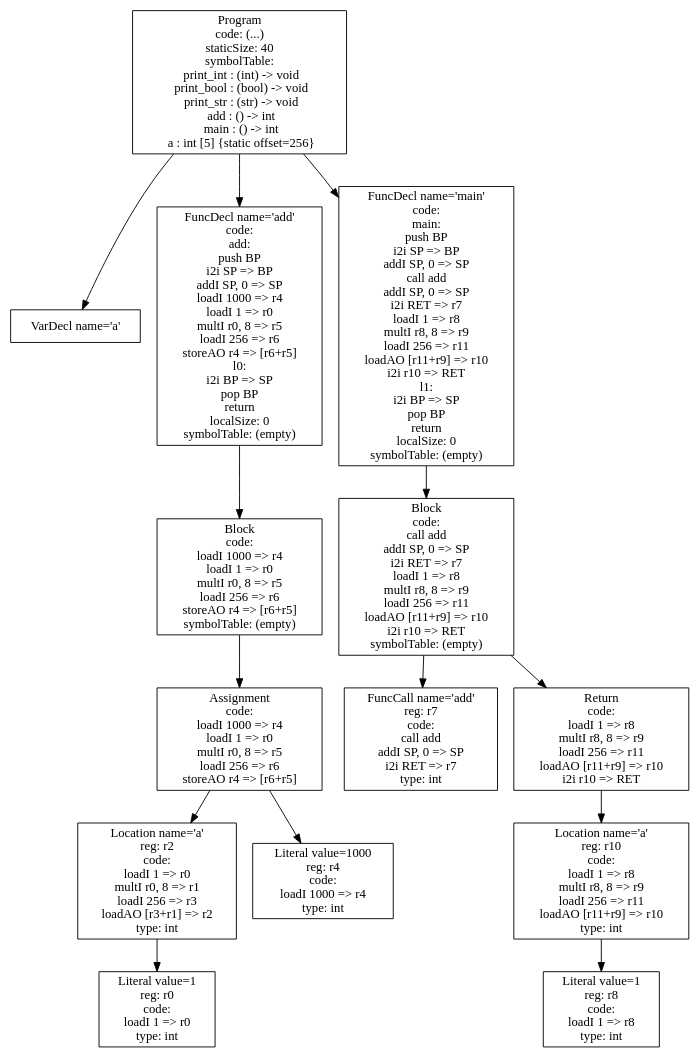
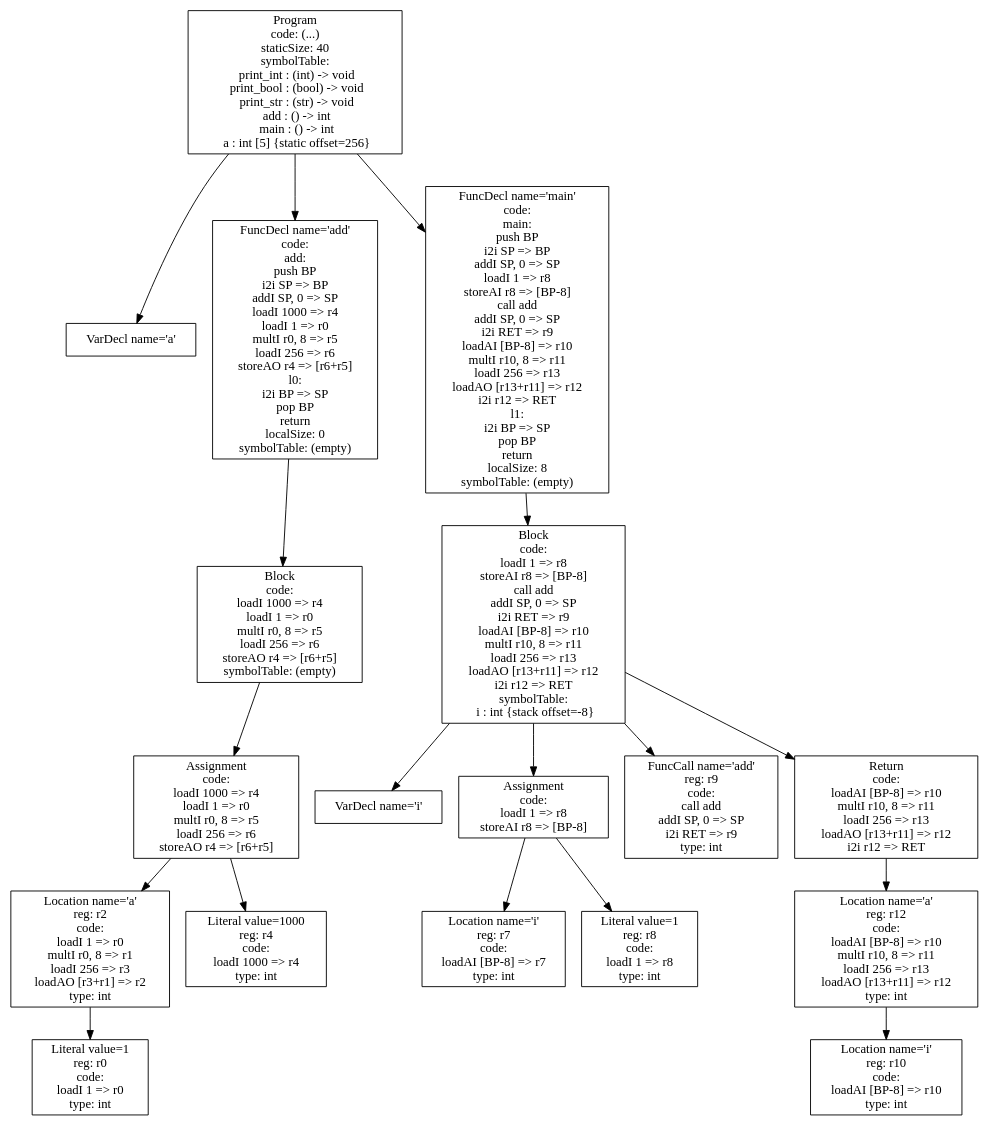
The diagram in ast.dot (ecila1011/P4), drawn with Graphviz before and after one commit. The commit also changed 1 other file, not shown here.

```diff
--- a/ast.dot
+++ b/ast.dot
@@ -1,29 +1,37 @@
 digraph AST {
 1 [shape=box, label="VarDecl name='a'"];
 6 [shape=box, label="Literal value=1\nreg: r0\ncode: \nloadI 1 => r0\ntype: int"];
 5 [shape=box, label="Location name='a'\nreg: r2\ncode: \nloadI 1 => r0\nmultI r0, 8 => r1\nloadI 256 => r3\nloadAO [r3+r1] => r2\ntype: int"];
 5 -> 6;
 7 [shape=box, label="Literal value=1000\nreg: r4\ncode: \nloadI 1000 => r4\ntype: int"];
 4 [shape=box, label="Assignment\ncode: \nloadI 1000 => r4\nloadI 1 => r0\nmultI r0, 8 => r5\nloadI 256 => r6\nstoreAO r4 => [r6+r5]"];
 4 -> 5;
 4 -> 7;
 3 [shape=box, label="Block\ncode: \nloadI 1000 => r4\nloadI 1 => r0\nmultI r0, 8 => r5\nloadI 256 => r6\nstoreAO r4 => [r6+r5]\nsymbolTable: (empty)"];
 3 -> 4;
 2 [shape=box, label="FuncDecl name='add'\ncode: \nadd:\npush BP\ni2i SP => BP\naddI SP, 0 => SP\nloadI 1000 => r4\nloadI 1 => r0\nmultI r0, 8 => r5\nloadI 256 => r6\nstoreAO r4 => [r6+r5]\nl0:\ni2i BP => SP\npop BP\nreturn\nlocalSize: 0\nsymbolTable: (empty)"];
 2 -> 3;
-10 [shape=box, label="FuncCall name='add'\nreg: r7\ncode: \ncall add\naddI SP, 0 => SP\ni2i RET => r7\ntype: int"];
+10 [shape=box, label="VarDecl name='i'"];
+12 [shape=box, label="Location name='i'\nreg: r7\ncode: \nloadAI [BP-8] => r7\ntype: int"];
 13 [shape=box, label="Literal value=1\nreg: r8\ncode: \nloadI 1 => r8\ntype: int"];
-12 [shape=box, label="Location name='a'\nreg: r10\ncode: \nloadI 1 => r8\nmultI r8, 8 => r9\nloadI 256 => r11\nloadAO [r11+r9] => r10\ntype: int"];
-12 -> 13;
-11 [shape=box, label="Return\ncode: \nloadI 1 => r8\nmultI r8, 8 => r9\nloadI 256 => r11\nloadAO [r11+r9] => r10\ni2i r10 => RET"];
+11 [shape=box, label="Assignment\ncode: \nloadI 1 => r8\nstoreAI r8 => [BP-8]"];
 11 -> 12;
-9 [shape=box, label="Block\ncode: \ncall add\naddI SP, 0 => SP\ni2i RET => r7\nloadI 1 => r8\nmultI r8, 8 => r9\nloadI 256 => r11\nloadAO [r11+r9] => r10\ni2i r10 => RET\nsymbolTable: (empty)"];
+11 -> 13;
+14 [shape=box, label="FuncCall name='add'\nreg: r9\ncode: \ncall add\naddI SP, 0 => SP\ni2i RET => r9\ntype: int"];
+17 [shape=box, label="Location name='i'\nreg: r10\ncode: \nloadAI [BP-8] => r10\ntype: int"];
+16 [shape=box, label="Location name='a'\nreg: r12\ncode: \nloadAI [BP-8] => r10\nmultI r10, 8 => r11\nloadI 256 => r13\nloadAO [r13+r11] => r12\ntype: int"];
+16 -> 17;
+15 [shape=box, label="Return\ncode: \nloadAI [BP-8] => r10\nmultI r10, 8 => r11\nloadI 256 => r13\nloadAO [r13+r11] => r12\ni2i r12 => RET"];
+15 -> 16;
+9 [shape=box, label="Block\ncode: \nloadI 1 => r8\nstoreAI r8 => [BP-8]\ncall add\naddI SP, 0 => SP\ni2i RET => r9\nloadAI [BP-8] => r10\nmultI r10, 8 => r11\nloadI 256 => r13\nloadAO [r13+r11] => r12\ni2i r12 => RET\nsymbolTable: \n  i : int {stack offset=-8}"];
 9 -> 10;
 9 -> 11;
-8 [shape=box, label="FuncDecl name='main'\ncode: \nmain:\npush BP\ni2i SP => BP\naddI SP, 0 => SP\ncall add\naddI SP, 0 => SP\ni2i RET => r7\nloadI 1 => r8\nmultI r8, 8 => r9\nloadI 256 => r11\nloadAO [r11+r9] => r10\ni2i r10 => RET\nl1:\ni2i BP => SP\npop BP\nreturn\nlocalSize: 0\nsymbolTable: (empty)"];
+9 -> 14;
+9 -> 15;
+8 [shape=box, label="FuncDecl name='main'\ncode: \nmain:\npush BP\ni2i SP => BP\naddI SP, 0 => SP\nloadI 1 => r8\nstoreAI r8 => [BP-8]\ncall add\naddI SP, 0 => SP\ni2i RET => r9\nloadAI [BP-8] => r10\nmultI r10, 8 => r11\nloadI 256 => r13\nloadAO [r13+r11] => r12\ni2i r12 => RET\nl1:\ni2i BP => SP\npop BP\nreturn\nlocalSize: 8\nsymbolTable: (empty)"];
 8 -> 9;
 0 [shape=box, label="Program\ncode: (...)\nstaticSize: 40\nsymbolTable: \n  print_int : (int) -> void\n  print_bool : (bool) -> void\n  print_str : (str) -> void\n  add : () -> int\n  main : () -> int\n  a : int [5] {static offset=256}"];
 0 -> 1;
 0 -> 2;
 0 -> 8;
 }
```
